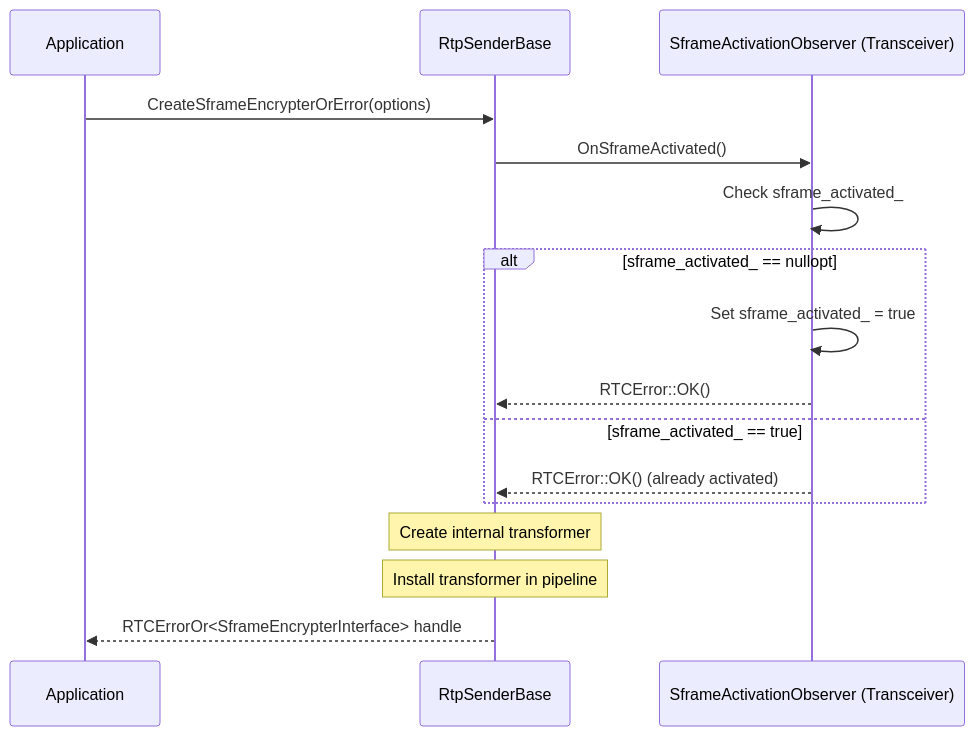
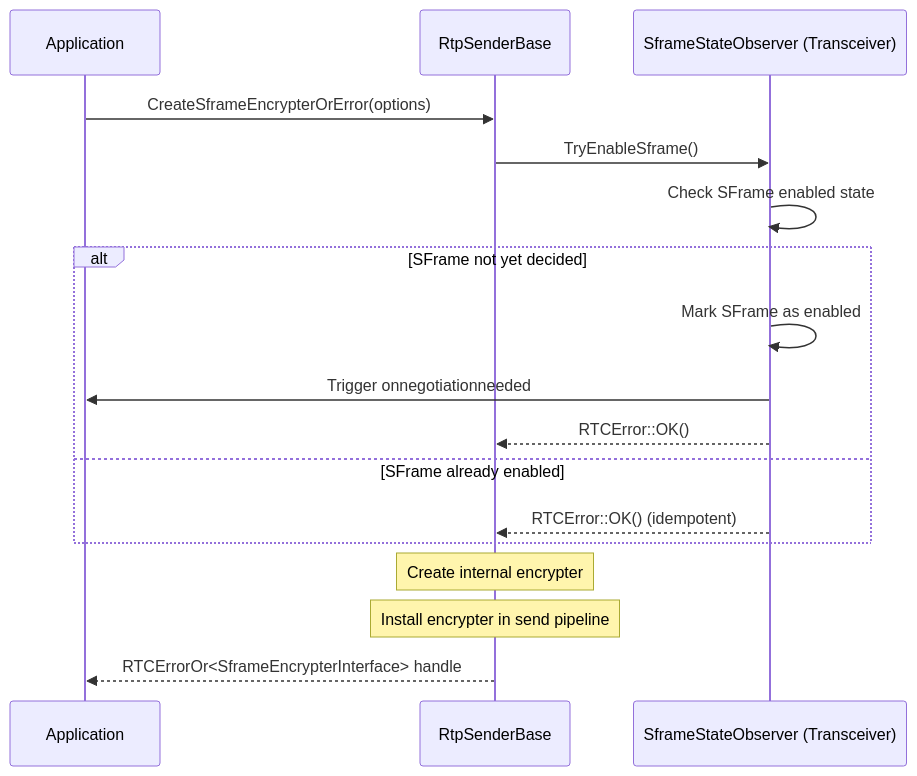
One commit to webex/webrtc-sframe changed the fifth of 13 diagrams in README.md. Above: the diagram before and after it, drawn with Mermaid. The commit also changed other lines of this file and 1 other file, not shown here.

````diff
--- a/README.md
+++ b/README.md
@@ -192,21 +193,22 @@
 ```mermaid
 sequenceDiagram
     participant App as Application
     participant Sender as RtpSenderBase
-    participant Observer as SframeActivationObserver (Transceiver)
+    participant Observer as SframeStateObserver (Transceiver)
 
     App->>Sender: CreateSframeEncrypterOrError(options)
-    Sender->>Observer: OnSframeActivated()
-    Observer->>Observer: Check sframe_activated_
+    Sender->>Observer: TryEnableSframe()
+    Observer->>Observer: Check SFrame enabled state
 
-    alt sframe_activated_ == nullopt
-        Observer->>Observer: Set sframe_activated_ = true
+    alt SFrame not yet decided
+        Observer->>Observer: Mark SFrame as enabled
+        Observer->>App: Trigger onnegotiationneeded
         Observer-->>Sender: RTCError::OK()
-    else sframe_activated_ == true
-        Observer-->>Sender: RTCError::OK() (already activated)
+    else SFrame already enabled
+        Observer-->>Sender: RTCError::OK() (idempotent)
     end
 
-    Note over Sender: Create internal transformer
-    Note over Sender: Install transformer in pipeline
+    Note over Sender: Create internal encrypter
+    Note over Sender: Install encrypter in send pipeline
     Sender-->>App: RTCErrorOr<SframeEncrypterInterface> handle
 ```
````
